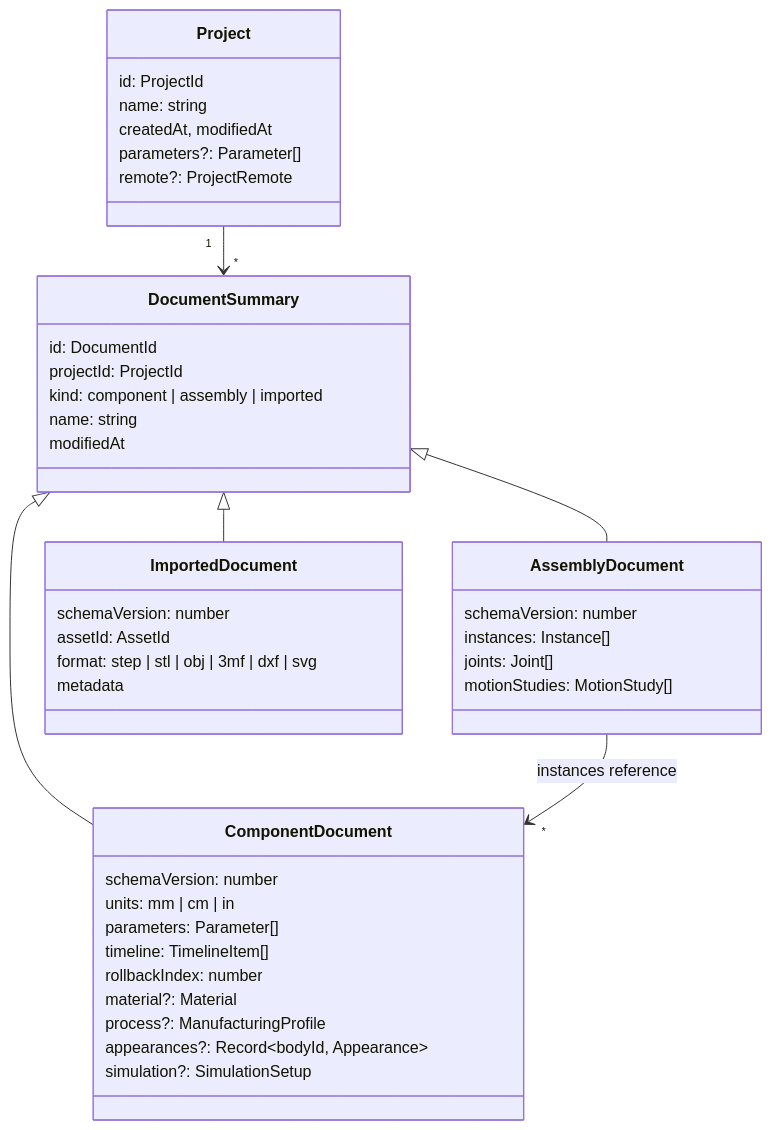
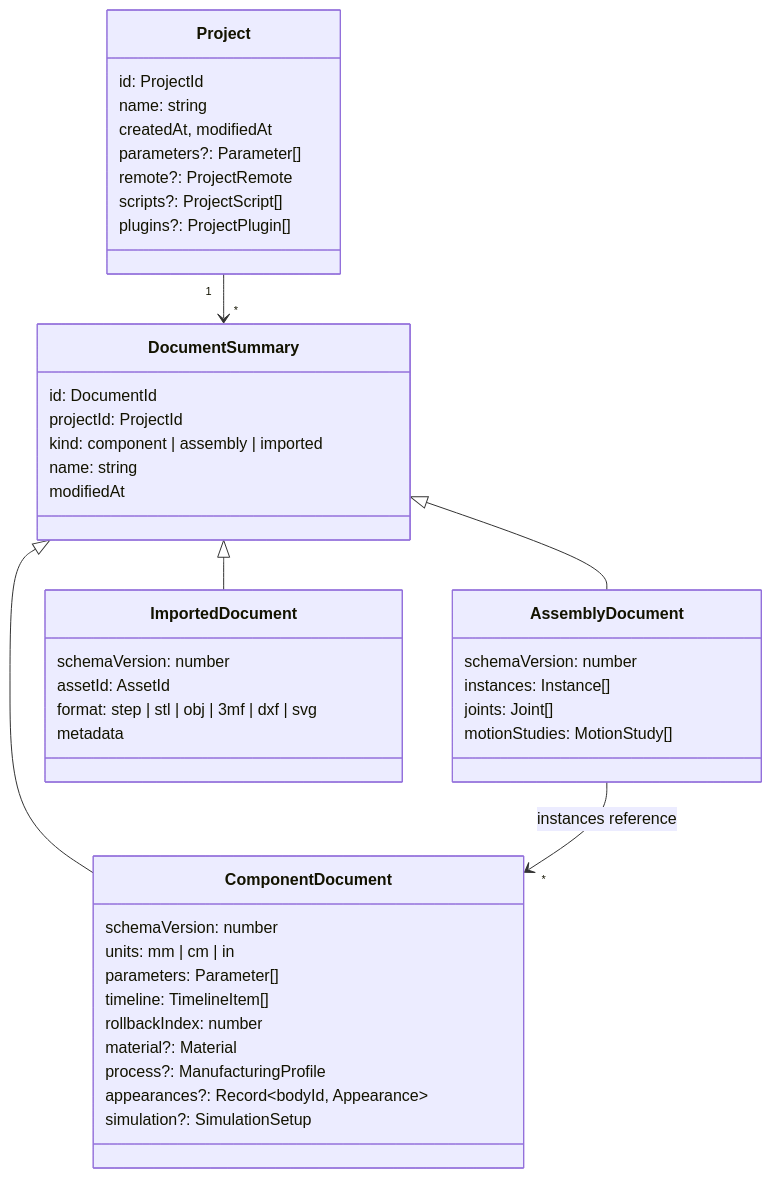
One commit to h3ll5ur7er/CADence changed the diagram in docs/Architecture/Document-model.md. Above: the diagram before and after it, drawn with Mermaid. The commit also changed other lines of this file and 15 other files, not shown here.

````diff
--- a/docs/Architecture/Document-model.md
+++ b/docs/Architecture/Document-model.md
@@ -9,45 +9,47 @@
 ```mermaid
 classDiagram
   class Project {
     id: ProjectId
     name: string
     createdAt, modifiedAt
     parameters?: Parameter[]
     remote?: ProjectRemote
+    scripts?: ProjectScript[]
+    plugins?: ProjectPlugin[]
   }
   class DocumentSummary {
     id: DocumentId
     projectId: ProjectId
     kind: component | assembly | imported
     name: string
     modifiedAt
   }
   class ComponentDocument {
     schemaVersion: number
     units: mm | cm | in
     parameters: Parameter[]
     timeline: TimelineItem[]
     rollbackIndex: number
     material?: Material
     process?: ManufacturingProfile
     appearances?: Record~bodyId, Appearance~
     simulation?: SimulationSetup
   }
   class AssemblyDocument {
     schemaVersion: number
     instances: Instance[]
     joints: Joint[]
     motionStudies: MotionStudy[]
   }
   class ImportedDocument {
     schemaVersion: number
     assetId: AssetId
     format: step | stl | obj | 3mf | dxf | svg
     metadata
   }
   Project "1" --> "*" DocumentSummary
   DocumentSummary <|-- ComponentDocument
   DocumentSummary <|-- AssemblyDocument
   DocumentSummary <|-- ImportedDocument
   AssemblyDocument --> "*" ComponentDocument : instances reference
 ```
````
